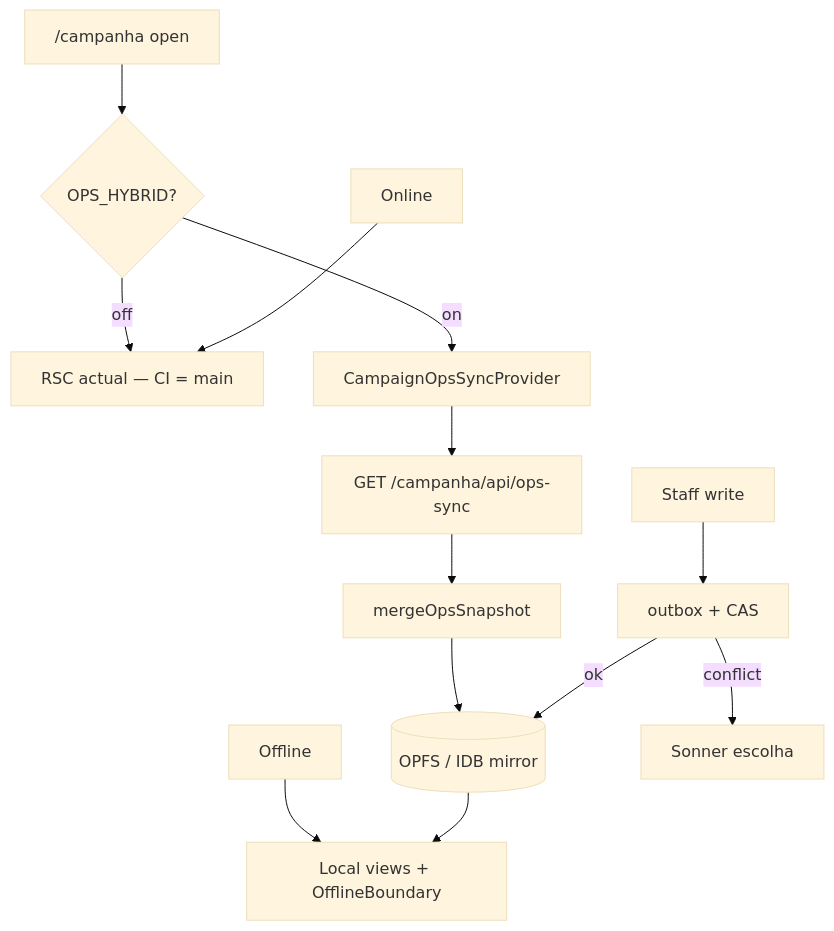
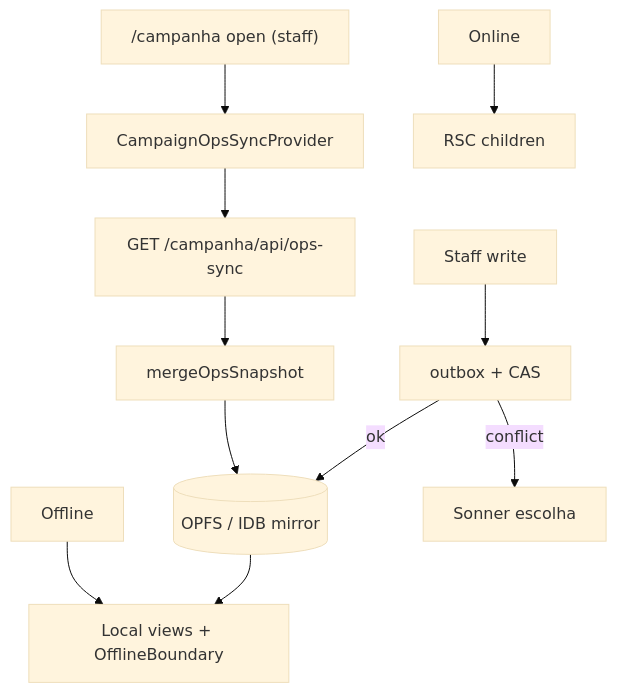
Before and after one commit to fsolla/teqo: the diagram in docs/plans/ops-hibrido-rsc-local-spec.md, drawn with Mermaid (base theme). The commit also changed other lines of this file and 37 other files, not shown here.

First line of the commit message:
OH14 — remove OPS_HYBRID flag; sync always on for staff

````diff
--- a/docs/plans/ops-hibrido-rsc-local-spec.md
+++ b/docs/plans/ops-hibrido-rsc-local-spec.md
@@ -101,15 +101,13 @@
 ```mermaid
 flowchart TB
-  Open["/campanha open"] --> Flag{OPS_HYBRID?}
-  Flag -->|off| RSC[RSC actual — CI = main]
-  Flag -->|on| Prov[CampaignOpsSyncProvider]
+  Open["/campanha open (staff)"] --> Prov[CampaignOpsSyncProvider]
   Prov --> GET["GET /campanha/api/ops-sync"]
   GET --> Merge[mergeOpsSnapshot]
   Merge --> Mirror[(OPFS / IDB mirror)]
-  Online[Online] --> RSC
+  Online[Online] --> RSC[RSC children]
   Offline[Offline] --> Local[Local views + OfflineBoundary]
   Mirror --> Local
   Write[Staff write] --> Outbox[outbox + CAS]
   Outbox -->|ok| Mirror
   Outbox -->|conflict| Toast[Sonner escolha]
 ```
````
